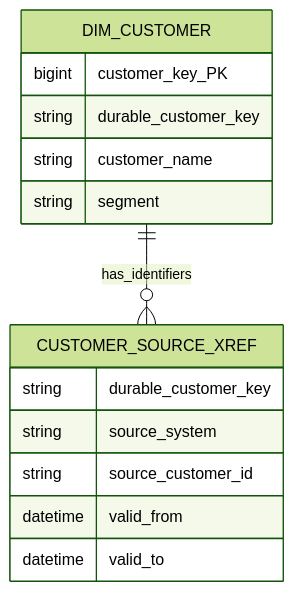
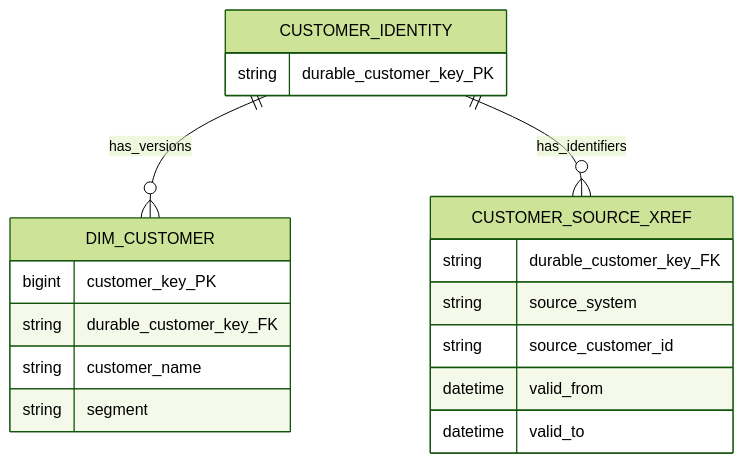
Before and after one commit to afmarques20/data-modelling-practices: the diagram in 01-foundations/keys.md, drawn with Mermaid (forest theme). The commit also changed other lines of this file and 21 other files, not shown here.

````diff
--- a/01-foundations/keys.md
+++ b/01-foundations/keys.md
@@ -267,17 +276,21 @@
 ```mermaid
 erDiagram
-    DIM_CUSTOMER ||--o{ CUSTOMER_SOURCE_XREF : has_identifiers
+    CUSTOMER_IDENTITY ||--o{ DIM_CUSTOMER : has_versions
+    CUSTOMER_IDENTITY ||--o{ CUSTOMER_SOURCE_XREF : has_identifiers
+    CUSTOMER_IDENTITY {
+        string durable_customer_key_PK
+    }
     DIM_CUSTOMER {
         bigint customer_key_PK
-        string durable_customer_key
+        string durable_customer_key_FK
         string customer_name
         string segment
     }
     CUSTOMER_SOURCE_XREF {
-        string durable_customer_key
+        string durable_customer_key_FK
         string source_system
         string source_customer_id
         datetime valid_from
         datetime valid_to
     }
 ```
````
